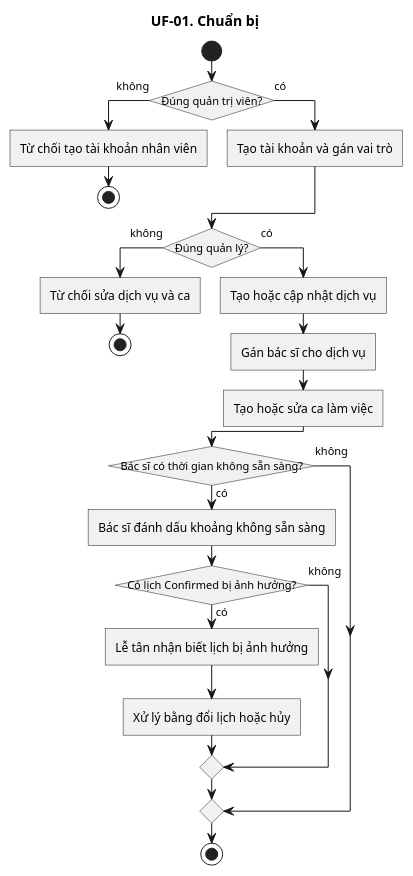
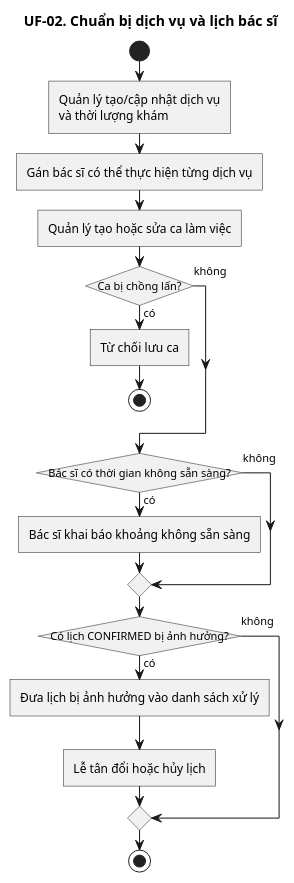
One commit to KhaVan-oi/ViClinic changed the diagram in doc/user-flow/02-chuan-bi.puml. Above: the diagram before and after it, drawn with PlantUML. The commit also changed 26 other files, not shown here.

```diff
--- a/doc/user-flow/02-chuan-bi.puml
+++ b/doc/user-flow/02-chuan-bi.puml
@@ -1,34 +1,30 @@
 @startuml
-title UF-01. Chuẩn bị
+title UF-02. Chuẩn bị dịch vụ và lịch bác sĩ
+
 skinparam linetype ortho
 skinparam shadowing false
 skinparam roundcorner 0
 skinparam conditionStyle InsideDiamond
 skinparam conditionEndStyle diamond
 
 start
-if (Đúng quản trị viên?) then (không)
-  :Từ chối tạo tài khoản nhân viên;
+:Quản lý tạo/cập nhật dịch vụ
+và thời lượng khám;
+:Gán bác sĩ có thể thực hiện từng dịch vụ;
+:Quản lý tạo hoặc sửa ca làm việc;
+if (Ca bị chồng lấn?) then (có)
+  :Từ chối lưu ca;
   stop
-else (có)
-  :Tạo tài khoản và gán vai trò;
-endif
-if (Đúng quản lý?) then (không)
-  :Từ chối sửa dịch vụ và ca;
-  stop
-else (có)
-  :Tạo hoặc cập nhật dịch vụ;
-  :Gán bác sĩ cho dịch vụ;
-  :Tạo hoặc sửa ca làm việc;
+else (không)
 endif
 if (Bác sĩ có thời gian không sẵn sàng?) then (có)
-  :Bác sĩ đánh dấu khoảng không sẵn sàng;
-  if (Có lịch Confirmed bị ảnh hưởng?) then (có)
-    :Lễ tân nhận biết lịch bị ảnh hưởng;
-    :Xử lý bằng đổi lịch hoặc hủy;
-  else (không)
-  endif
+  :Bác sĩ khai báo khoảng không sẵn sàng;
+else (không)
+endif
+if (Có lịch CONFIRMED bị ảnh hưởng?) then (có)
+  :Đưa lịch bị ảnh hưởng vào danh sách xử lý;
+  :Lễ tân đổi hoặc hủy lịch;
 else (không)
 endif
 stop
 @enduml
```
